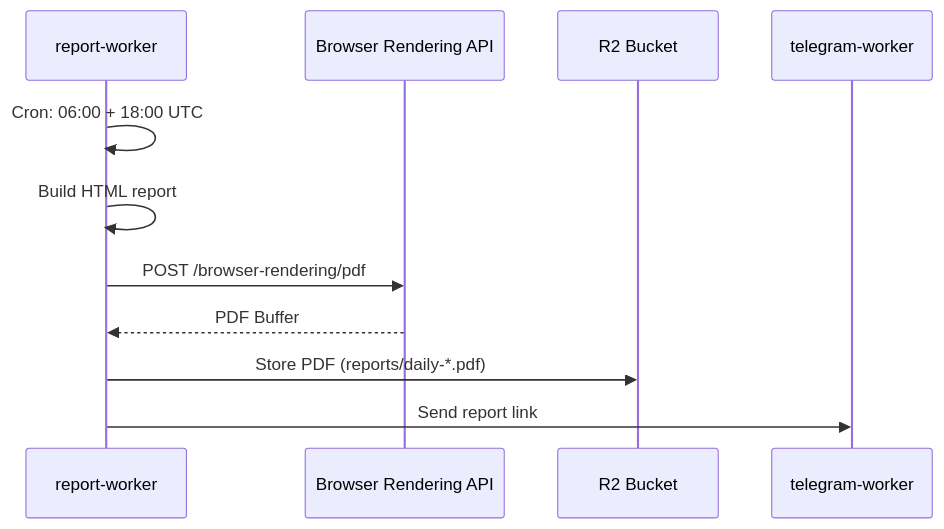
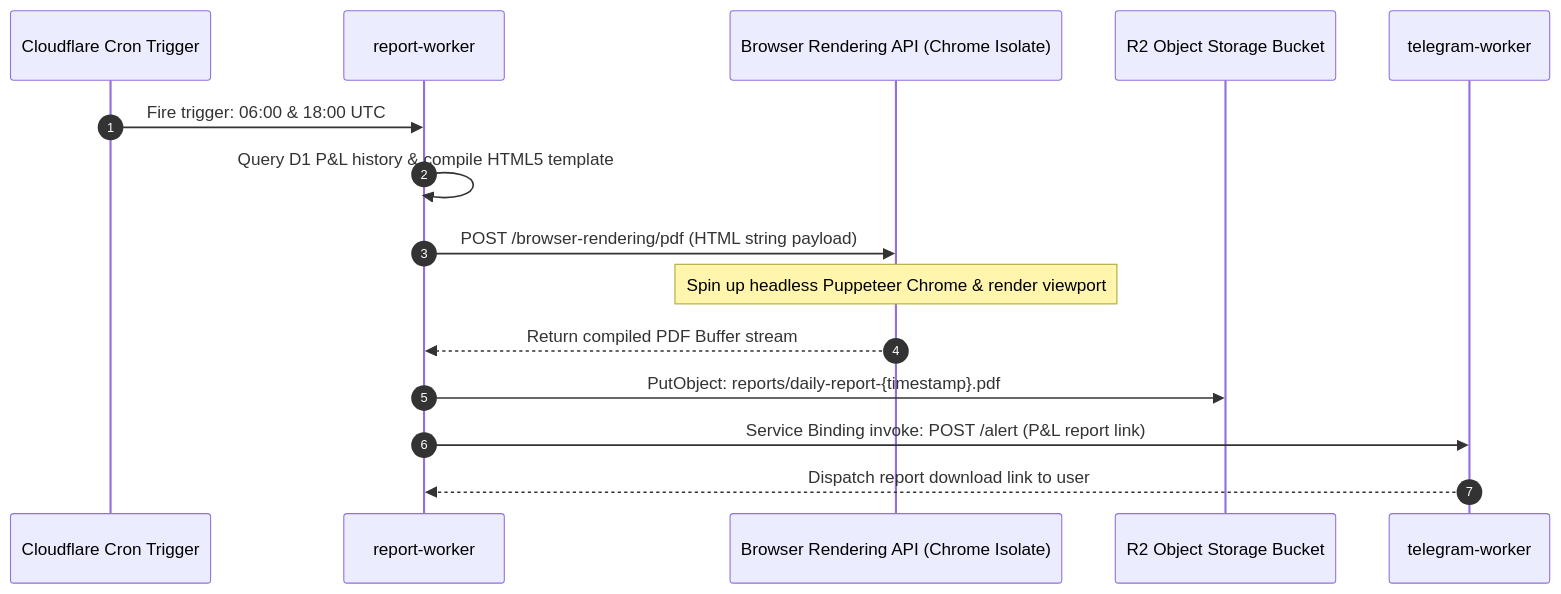
The third of 4 diagrams in docs/devops/architecture/data-flow.md (jango-blockchained/hoox-setup), drawn with Mermaid before and after one commit. The commit also changed other lines of this file and 33 other files, not shown here.

````diff
--- a/docs/devops/architecture/data-flow.md
+++ b/docs/devops/architecture/data-flow.md
@@ -61,14 +93,18 @@
 ```mermaid
 sequenceDiagram
-    participant Report as report-worker
-    participant BR as Browser Rendering API
-    participant R2 as R2 Bucket
+    autonumber
+    participant Cron as Cloudflare Cron Trigger
+    participant RP as report-worker
+    participant BR as Browser Rendering API (Chrome Isolate)
+    participant R2 as R2 Object Storage Bucket
     participant TG as telegram-worker
 
-    Report->>Report: Cron: 06:00 + 18:00 UTC
-    Report->>Report: Build HTML report
-    Report->>BR: POST /browser-rendering/pdf
-    BR-->>Report: PDF Buffer
-    Report->>R2: Store PDF (reports/daily-*.pdf)
-    Report->>TG: Send report link
+    Cron->>RP: Fire trigger: 06:00 & 18:00 UTC
+    RP->>RP: Query D1 P&L history & compile HTML5 template
+    RP->>BR: POST /browser-rendering/pdf (HTML string payload)
+    Note over BR: Spin up headless Puppeteer Chrome & render viewport
+    BR-->>RP: Return compiled PDF Buffer stream
+    RP->>R2: PutObject: reports/daily-report-{timestamp}.pdf
+    RP->>TG: Service Binding invoke: POST /alert (P&L report link)
+    TG-->>RP: Dispatch report download link to user
 ```
````
